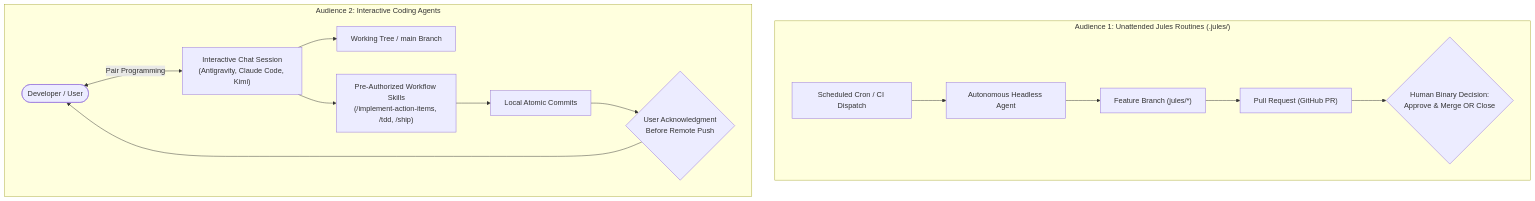
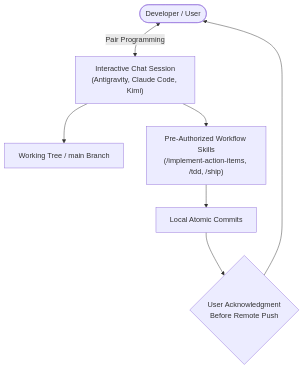
One commit to ryusoh/fund changed the fourth of 8 diagrams in docs/agentic-harness-architecture.md. Above: the diagram before and after it, drawn with Mermaid. The commit also changed other lines of this file and 23 other files, not shown here.

First line of the commit message:
chore(agents): retire Jules persona skill and consolidate agent documentation

````diff
--- a/docs/agentic-harness-architecture.md
+++ b/docs/agentic-harness-architecture.md
@@ -147,28 +146,16 @@
 ```mermaid
 graph TD
     User([Developer / User])
 
-    subgraph Unattended_Audience["Audience 1: Unattended Jules Routines (.jules/)"]
-        JulesScheduler["Scheduled Cron / CI Dispatch"]
-        JulesWorker["Autonomous Headless Agent"]
-        JulesBranch["Feature Branch (jules/*)"]
-        JulesPR["Pull Request (GitHub PR)"]
-        BinaryReview{"Human Binary Decision:<br/>Approve & Merge OR Close"}
+    ChatSession["Interactive Chat Session<br/>(Antigravity, Claude Code, Kimi)"]
+    DirectMain["Working Tree / main Branch"]
+    AutoSkills["Pre-Authorized Workflow Skills<br/>(/implement-action-items, /tdd, /ship)"]
+    LocalCommit["Local Atomic Commits"]
+    PushAck{"User Acknowledgment<br/>Before Remote Push"}
 
-        JulesScheduler --> JulesWorker --> JulesBranch --> JulesPR --> BinaryReview
-    end
-
-    subgraph Interactive_Audience["Audience 2: Interactive Coding Agents"]
-        ChatSession["Interactive Chat Session<br/>(Antigravity, Claude Code, Kimi)"]
-        DirectMain["Working Tree / main Branch"]
-        AutoSkills["Pre-Authorized Workflow Skills<br/>(/implement-action-items, /tdd, /ship)"]
-        LocalCommit["Local Atomic Commits"]
-        PushAck{"User Acknowledgment<br/>Before Remote Push"}
-
-        User <-->|Pair Programming| ChatSession
-        ChatSession --> DirectMain
-        ChatSession --> AutoSkills
-        AutoSkills --> LocalCommit
-        LocalCommit --> PushAck --> User
-    end
+    User <-->|Pair Programming| ChatSession
+    ChatSession --> DirectMain
+    ChatSession --> AutoSkills
+    AutoSkills --> LocalCommit
+    LocalCommit --> PushAck --> User
 ```
````
